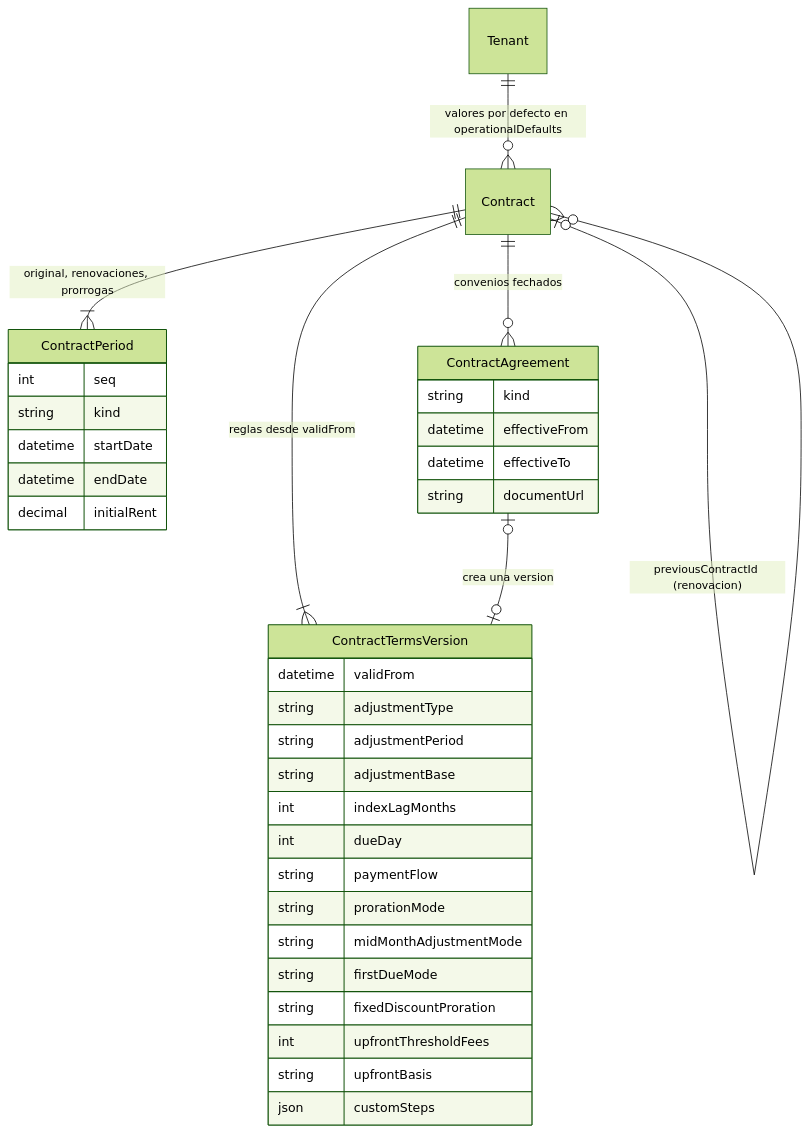
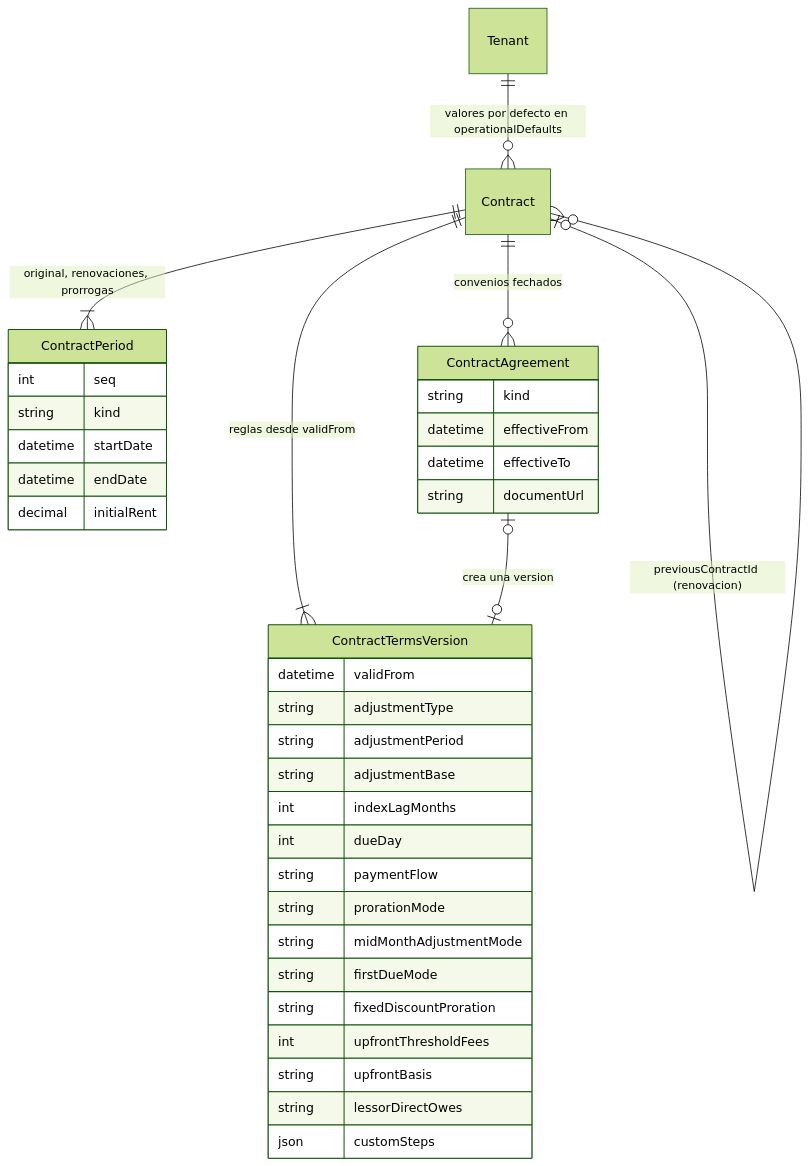
Before and after one commit to RomeV16/Proyecto-Final---Realfy: the second of 6 diagrams in docs/tesis/03-modelo-datos.md, drawn with Mermaid (forest theme). The commit also changed other lines of this file and 11 other files, not shown here.

````diff
--- a/docs/tesis/03-modelo-datos.md
+++ b/docs/tesis/03-modelo-datos.md
@@ -226,38 +226,39 @@
 ```mermaid
 erDiagram
     Tenant ||--o{ Contract : "valores por defecto en operationalDefaults"
     Contract ||--|{ ContractPeriod : "original, renovaciones, prorrogas"
     Contract ||--|{ ContractTermsVersion : "reglas desde validFrom"
     Contract ||--o{ ContractAgreement : "convenios fechados"
     ContractAgreement |o--o| ContractTermsVersion : "crea una version"
     Contract |o--o{ Contract : "previousContractId (renovacion)"
     ContractPeriod {
         int seq
         string kind
         datetime startDate
         datetime endDate
         decimal initialRent
     }
     ContractAgreement {
         string kind
         datetime effectiveFrom
         datetime effectiveTo
         string documentUrl
     }
     ContractTermsVersion {
         datetime validFrom
         string adjustmentType
         string adjustmentPeriod
         string adjustmentBase
         int indexLagMonths
         int dueDay
         string paymentFlow
         string prorationMode
         string midMonthAdjustmentMode
         string firstDueMode
         string fixedDiscountProration
         int upfrontThresholdFees
         string upfrontBasis
+        string lessorDirectOwes
         json customSteps
     }
 ```
````
